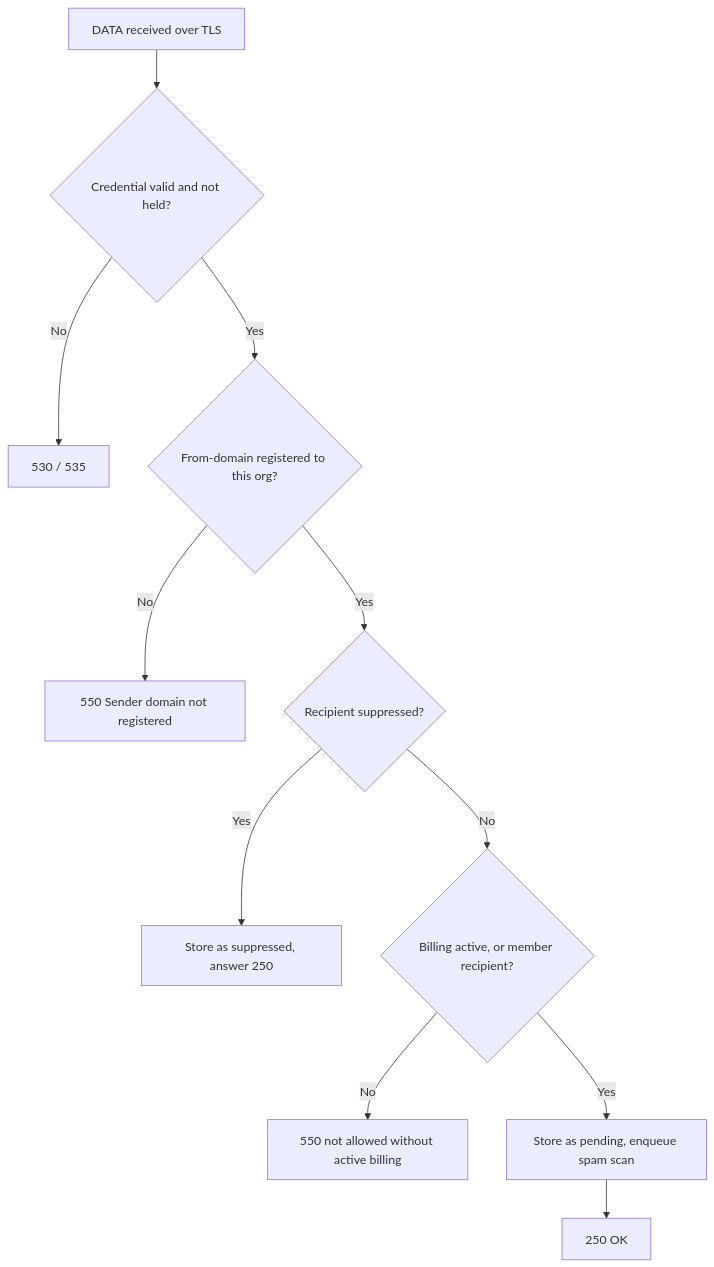
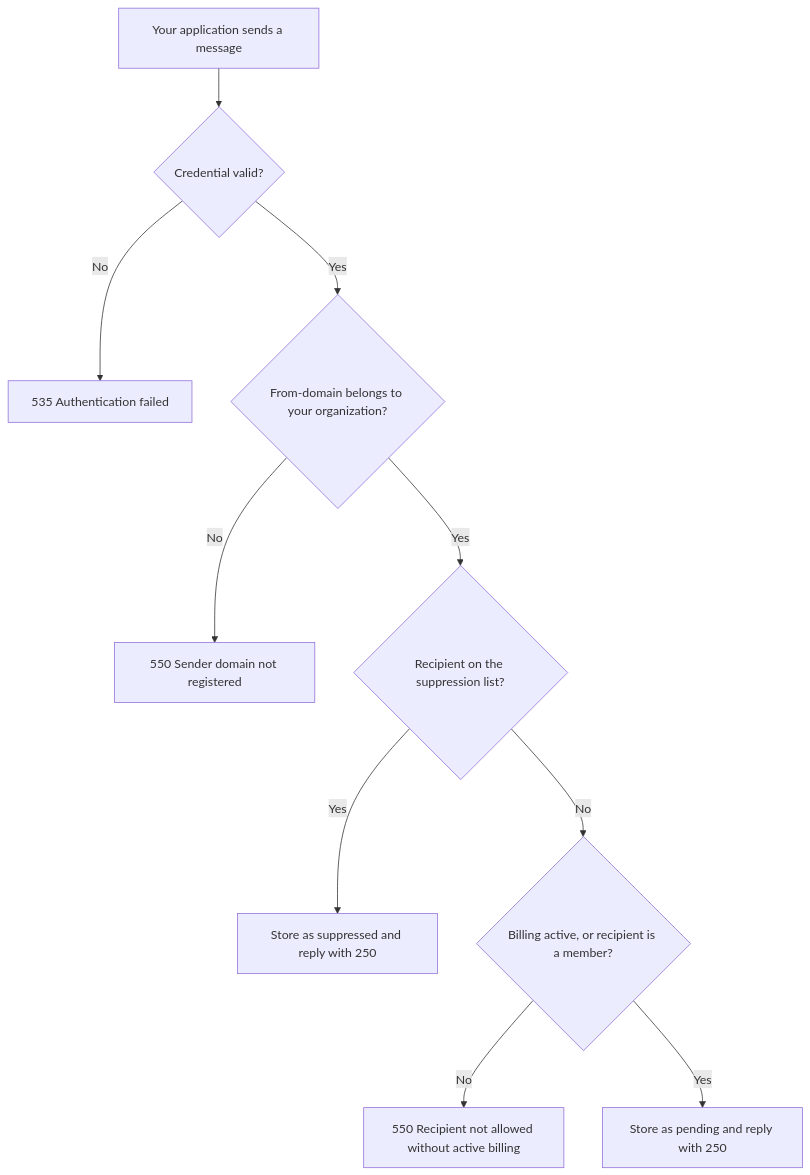
The diagram in docs/docs/sending.md (relays-to/relay), drawn with Mermaid before and after one commit. The commit also changed other lines of this file and 19 other files, not shown here.

````diff
--- a/docs/docs/sending.md
+++ b/docs/docs/sending.md
@@ -55,13 +83,12 @@
 ```mermaid
 flowchart TD
-    A[DATA received over TLS] --> B{Credential valid and not held?}
-    B -- No --> C[530 / 535]
-    B -- Yes --> D{From-domain registered to this org?}
+    A[Your application sends a message] --> B{Credential valid?}
+    B -- No --> C[535 Authentication failed]
+    B -- Yes --> D{From-domain belongs to your organization?}
     D -- No --> E[550 Sender domain not registered]
-    D -- Yes --> F{Recipient suppressed?}
-    F -- Yes --> G[Store as suppressed, answer 250]
-    F -- No --> H{Billing active, or member recipient?}
-    H -- No --> I[550 not allowed without active billing]
-    H -- Yes --> J[Store as pending, enqueue spam scan]
-    J --> K[250 OK]
+    D -- Yes --> F{Recipient on the suppression list?}
+    F -- Yes --> G[Store as suppressed and reply with 250]
+    F -- No --> H{Billing active, or recipient is a member?}
+    H -- No --> I[550 Recipient not allowed without active billing]
+    H -- Yes --> J[Store as pending and reply with 250]
 ```
````
